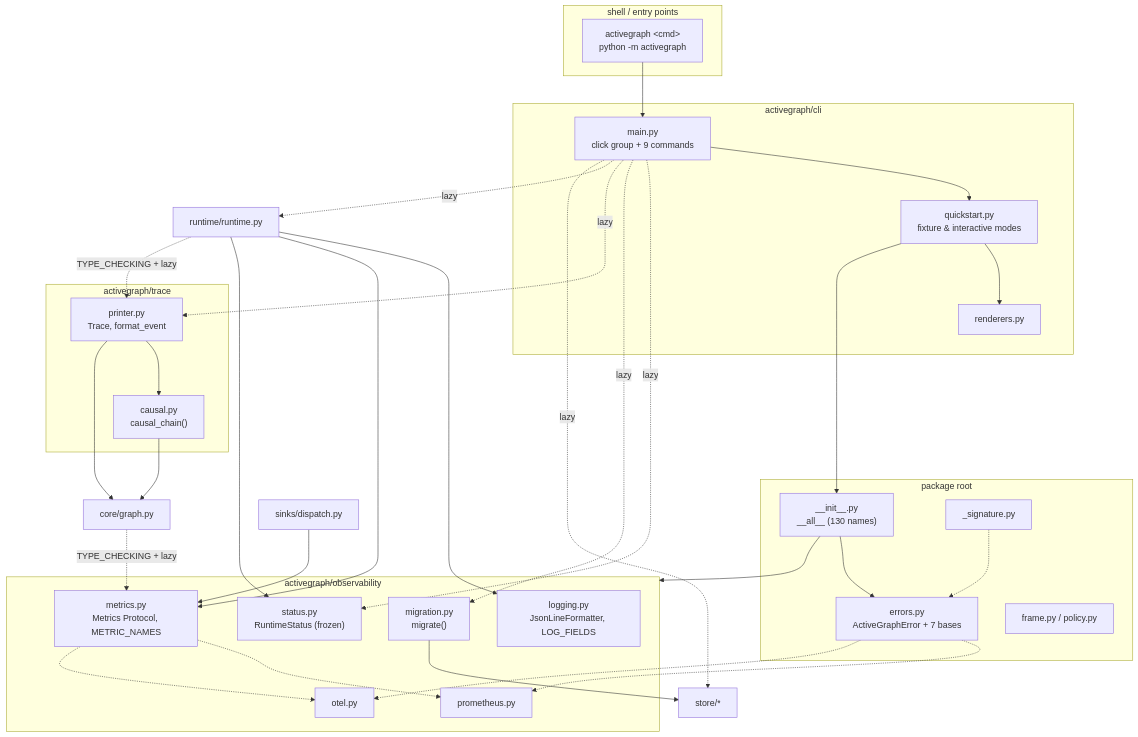
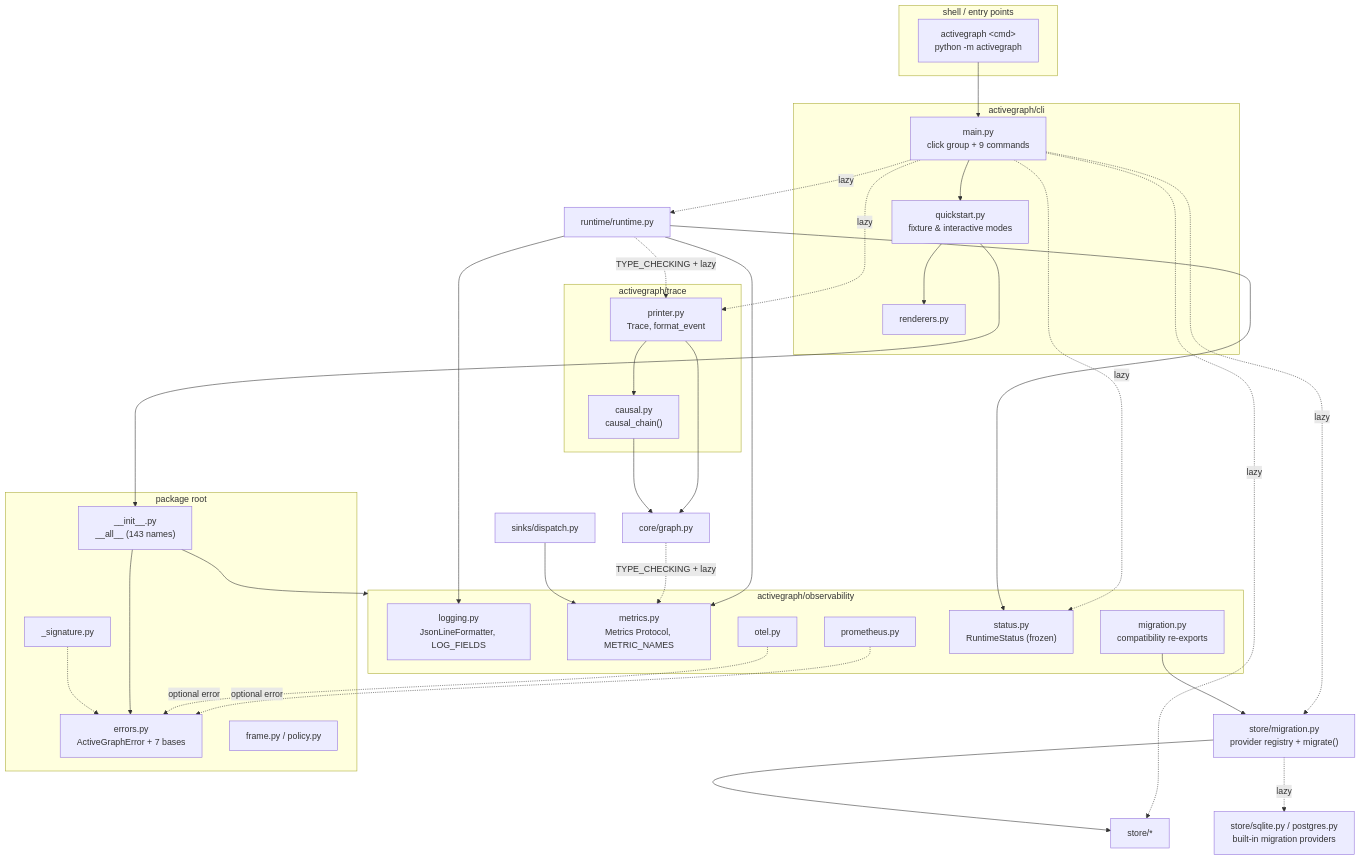
The first of 3 diagrams in specs/10-observability-trace-cli.md (tha-hammer/silmari-activegraph), drawn with Mermaid before and after one commit. The commit also changed other lines of this file, not shown here.

````diff
--- a/specs/10-observability-trace-cli.md
+++ b/specs/10-observability-trace-cli.md
@@ -40,67 +44,69 @@
 ```mermaid
 graph TD
     subgraph shell["shell / entry points"]
         SH["activegraph &lt;cmd&gt;<br/>python -m activegraph"]
     end
 
     subgraph cli["activegraph/cli"]
         MAIN["main.py<br/>click group + 9 commands"]
         QS["quickstart.py<br/>fixture &amp; interactive modes"]
         REND["renderers.py"]
     end
 
     subgraph obs["activegraph/observability"]
         LOG["logging.py<br/>JsonLineFormatter, LOG_FIELDS"]
         MET["metrics.py<br/>Metrics Protocol, METRIC_NAMES"]
         PROM["prometheus.py"]
         OTEL["otel.py"]
         STAT["status.py<br/>RuntimeStatus (frozen)"]
-        MIG["migration.py<br/>migrate()"]
+        MIGCOMPAT["migration.py<br/>compatibility re-exports"]
     end
 
     subgraph tr["activegraph/trace"]
         PRINT["printer.py<br/>Trace, format_event"]
         CAUS["causal.py<br/>causal_chain()"]
     end
 
     subgraph root["package root"]
-        INIT["__init__.py<br/>__all__ (130 names)"]
+        INIT["__init__.py<br/>__all__ (143 names)"]
         ERR["errors.py<br/>ActiveGraphError + 7 bases"]
         SIG["_signature.py"]
         FRM["frame.py / policy.py"]
     end
 
     RT["runtime/runtime.py"]
     CORE["core/graph.py"]
     SNK["sinks/dispatch.py"]
     STORE["store/*"]
+    SMIG["store/migration.py<br/>provider registry + migrate()"]
+    DRIVERS["store/sqlite.py / postgres.py<br/>built-in migration providers"]
 
     SH --> MAIN
     MAIN --> QS
     QS --> REND
     MAIN -. lazy .-> STAT
-    MAIN -. lazy .-> MIG
+    MAIN -. lazy .-> SMIG
     MAIN -. lazy .-> PRINT
     MAIN -. lazy .-> RT
     MAIN -. lazy .-> STORE
     QS --> INIT
 
     RT --> LOG
     RT --> MET
     RT --> STAT
     RT -. TYPE_CHECKING + lazy .-> PRINT
     CORE -. TYPE_CHECKING + lazy .-> MET
     SNK --> MET
-    MET -.-> PROM
-    MET -.-> OTEL
-    MIG --> STORE
+    PROM -. optional error .-> ERR
+    OTEL -. optional error .-> ERR
+    MIGCOMPAT --> SMIG
+    SMIG --> STORE
+    SMIG -. lazy .-> DRIVERS
     PRINT --> CAUS
     PRINT --> CORE
     CAUS --> CORE
 
     INIT --> obs
     INIT --> ERR
-    ERR -.-> PROM
-    ERR -.-> OTEL
     SIG -.-> ERR
 ```
````
